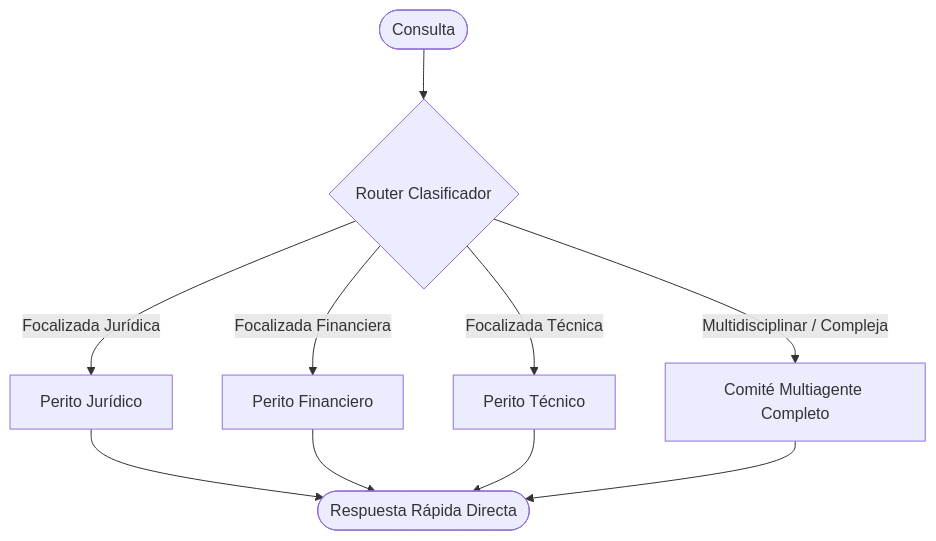
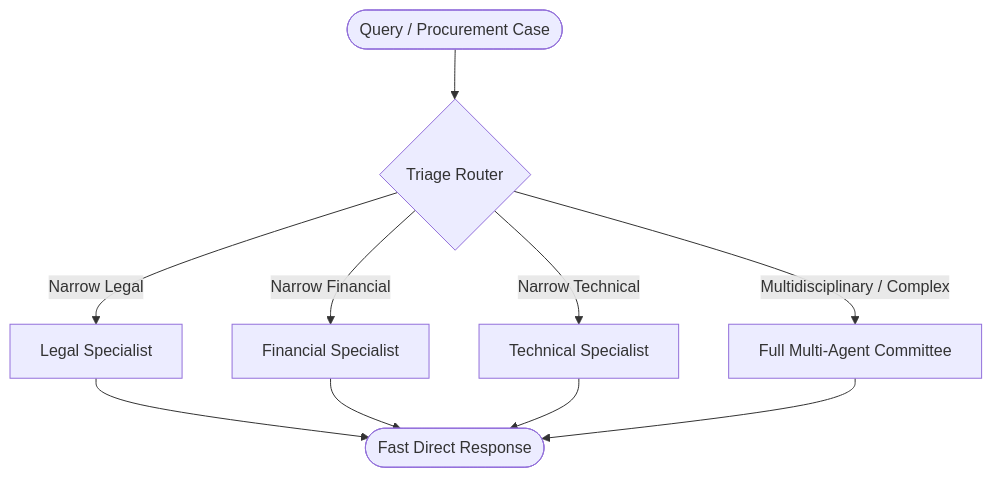
Before and after one commit to EstebanGZam/multi-agent: the third of 3 diagrams in README.md, drawn with Mermaid. The commit also changed other lines of this file and 1 other file, not shown here.

````diff
--- a/README.md
+++ b/README.md
@@ -81,12 +81,12 @@
 ```mermaid
 flowchart TD
-    User([Consulta]) --> Router{Router Clasificador}
-    Router -->|Focalizada Jurídica| Jur[Perito Jurídico]
-    Router -->|Focalizada Financiera| Fin[Perito Financiero]
-    Router -->|Focalizada Técnica| Tec[Perito Técnico]
-    Router -->|Multidisciplinar / Compleja| MultiTeam[Comité Multiagente Completo]
-    Jur --> Resp([Respuesta Rápida Directa])
+    User([Query / Procurement Case]) --> Router{Triage Router}
+    Router -->|Narrow Legal| Jur[Legal Specialist]
+    Router -->|Narrow Financial| Fin[Financial Specialist]
+    Router -->|Narrow Technical| Tec[Technical Specialist]
+    Router -->|Multidisciplinary / Complex| MultiTeam[Full Multi-Agent Committee]
+    Jur --> Resp([Fast Direct Response])
     Fin --> Resp
     Tec --> Resp
     MultiTeam --> Resp
 ```
````
